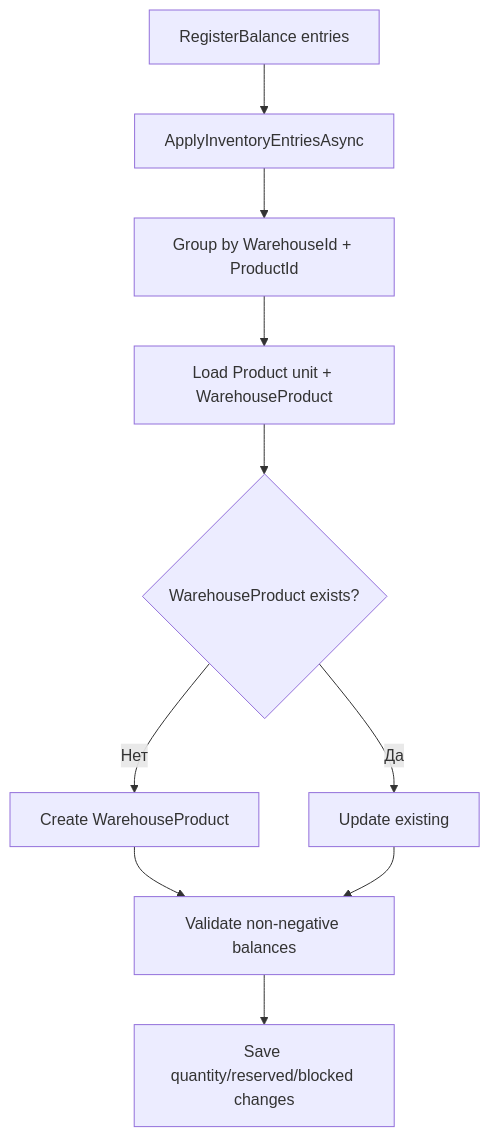
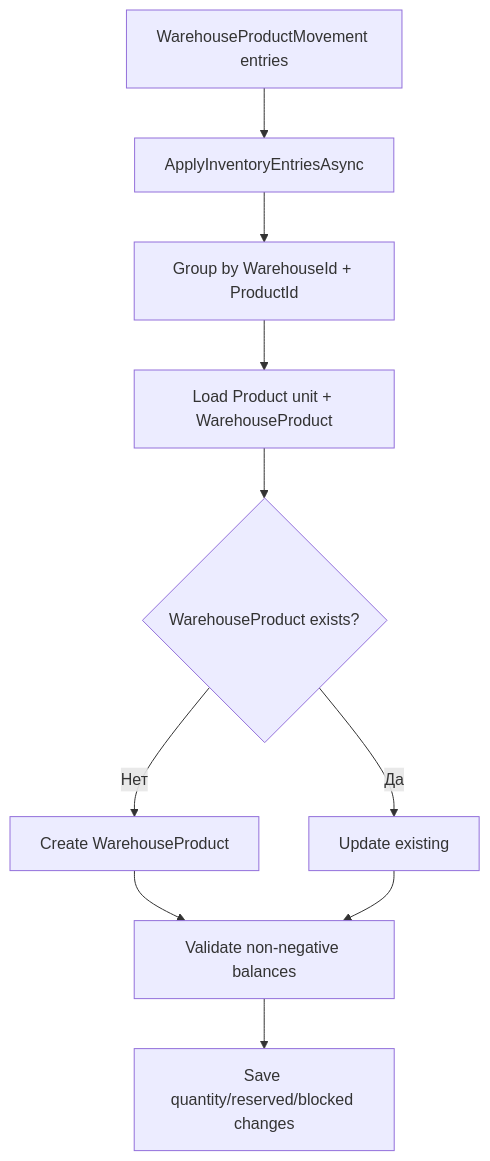
One commit to dasturchione/AccountingBack changed the seventh of 11 diagrams in docs/product-services-documentation.md. Above: the diagram before and after it, drawn with Mermaid. The commit also changed other lines of this file and 65 other files, not shown here.

````diff
--- a/docs/product-services-documentation.md
+++ b/docs/product-services-documentation.md
@@ -338,12 +337,12 @@
 ```mermaid
 flowchart TD
-    Reg["RegisterBalance entries"] --> Apply["ApplyInventoryEntriesAsync"]
+    Reg["WarehouseProductMovement entries"] --> Apply["ApplyInventoryEntriesAsync"]
     Apply --> Normalize["Group by WarehouseId + ProductId"]
     Normalize --> Load["Load Product unit + WarehouseProduct"]
     Load --> Missing{"WarehouseProduct exists?"}
     Missing -->|Нет| Create["Create WarehouseProduct"]
     Missing -->|Да| Update["Update existing"]
     Create --> Validate["Validate non-negative balances"]
     Update --> Validate
     Validate --> Save["Save quantity/reserved/blocked changes"]
 ```
````
